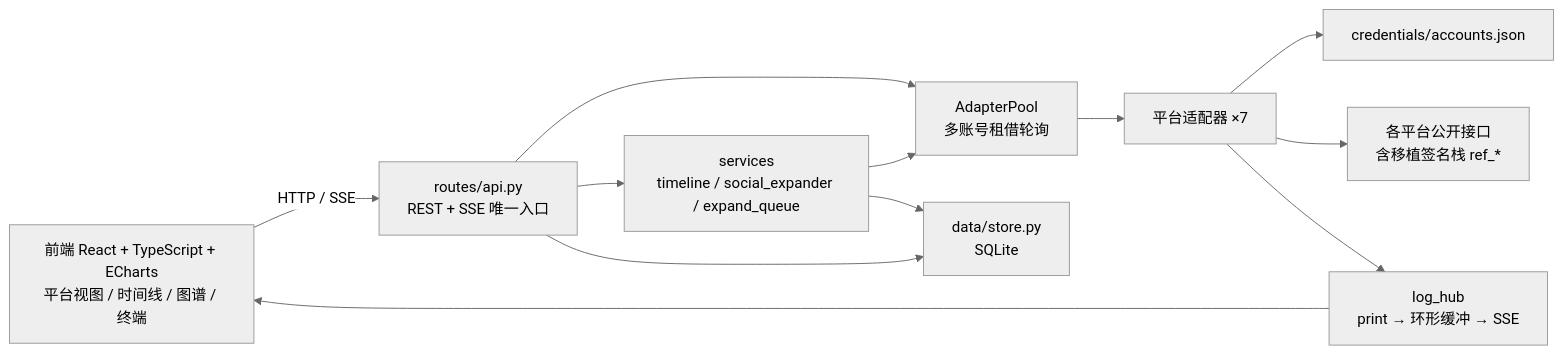
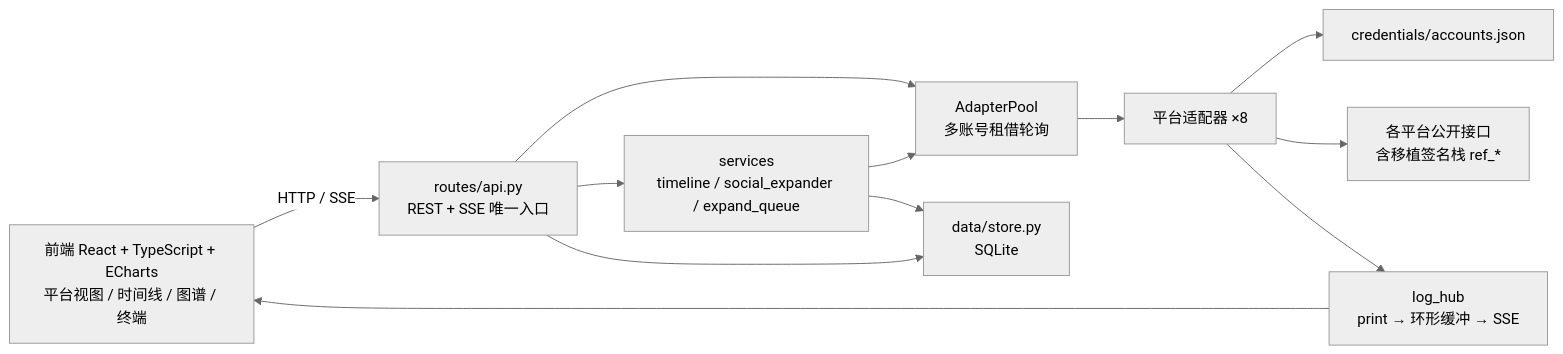
The first of 2 diagrams in README.md (element-17/Sight), drawn with Mermaid (neutral theme) before and after one commit. The commit also changed other lines of this file and 27 other files, not shown here.

````diff
--- a/README.md
+++ b/README.md
@@ -55,24 +55,24 @@
 ```mermaid
 flowchart LR
     UI["前端 React + TypeScript + ECharts<br/>平台视图 / 时间线 / 图谱 / 终端"]
     API["routes/api.py<br/>REST + SSE 唯一入口"]
     POOL["AdapterPool<br/>多账号租借轮询"]
-    ADP["平台适配器 ×7"]
+    ADP["平台适配器 ×8"]
     CRED["credentials/accounts.json"]
     NET["各平台公开接口<br/>含移植签名栈 ref_*"]
     SVC["services<br/>timeline / social_expander / expand_queue"]
     DB["data/store.py<br/>SQLite"]
     LOG["log_hub<br/>print → 环形缓冲 → SSE"]
 
     UI -->|HTTP / SSE| API
     API --> POOL
     API --> SVC
     SVC --> POOL
     POOL --> ADP
     ADP --> CRED
     ADP --> NET
     API --> DB
     SVC --> DB
     ADP --> LOG
     LOG --> UI
 ```
````
